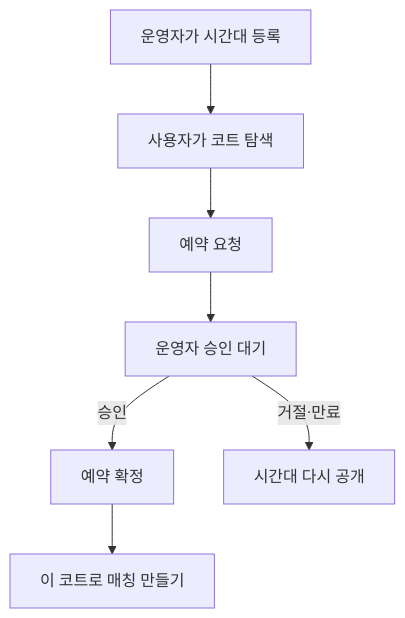
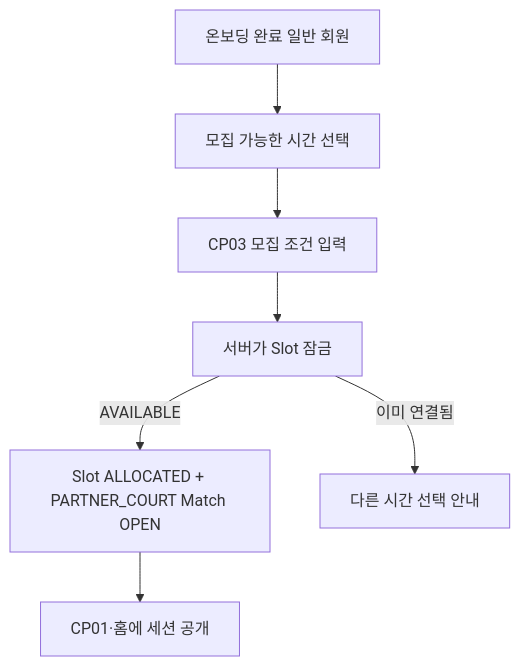
Before and after one commit to jsl0319/tennis-mate: the second of 3 diagrams in docs/03-1-court-partner-screen-spec.md, drawn with Mermaid. The commit also changed other lines of this file and 26 other files, not shown here.

````diff
--- a/docs/03-1-court-partner-screen-spec.md
+++ b/docs/03-1-court-partner-screen-spec.md
@@ -173,9 +149,9 @@
 ```mermaid
 flowchart TD
-    A["운영자가 시간대 등록"] --> B["사용자가 코트 탐색"]
-    B --> C["예약 요청"]
-    C --> D["운영자 승인 대기"]
-    D -->|승인| E["예약 확정"]
-    D -->|거절·만료| F["시간대 다시 공개"]
-    E --> G["이 코트로 매칭 만들기"]
+    A["온보딩 완료 일반 회원"] --> B["모집 가능한 시간 선택"]
+    B --> C["CP03 모집 조건 입력"]
+    C --> D["서버가 Slot 잠금"]
+    D -->|AVAILABLE| E["Slot ALLOCATED + PARTNER_COURT Match OPEN"]
+    D -->|이미 연결됨| F["다른 시간 선택 안내"]
+    E --> G["CP01·홈에 세션 공개"]
 ```
````
